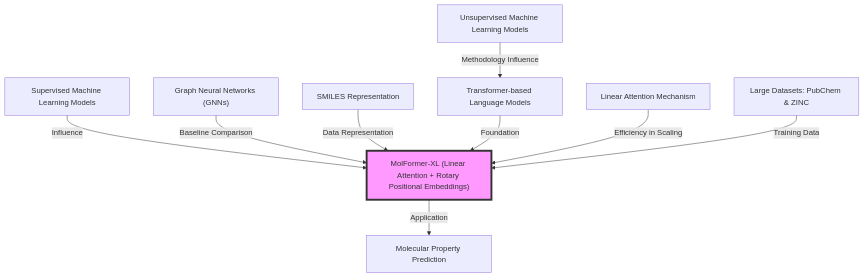
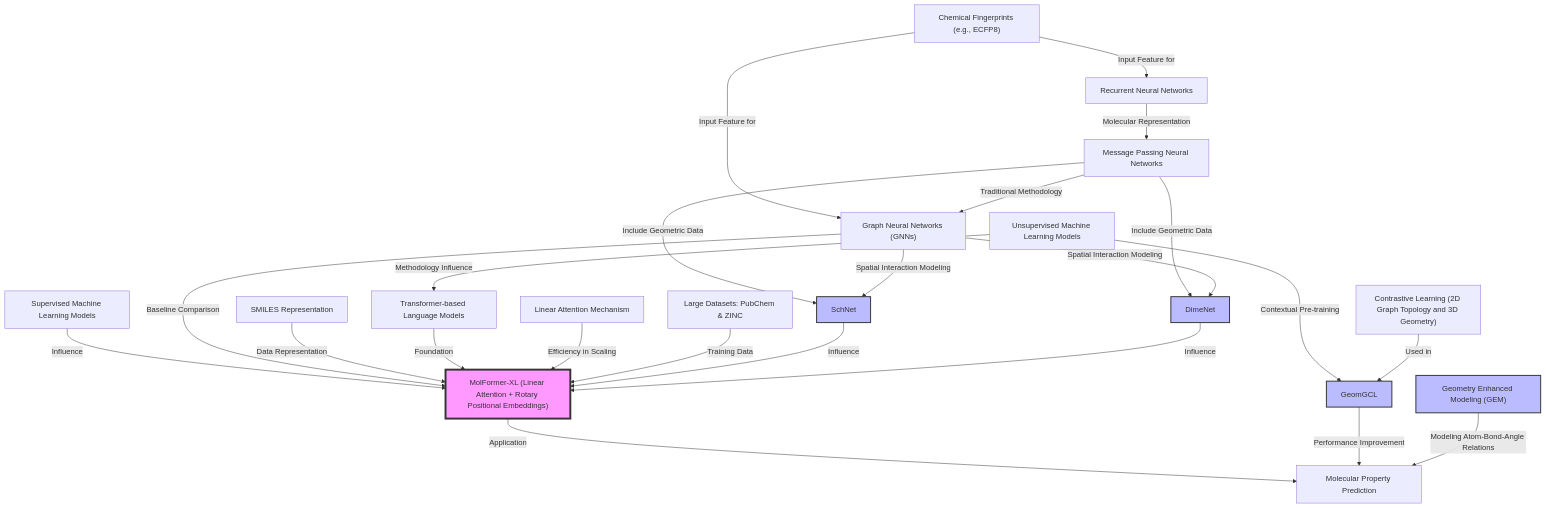
Before and after one commit to Mil152/mil152.github.io: the diagram in _posts/2024-04-11-blog-post-1.md, drawn with Mermaid. The commit also changed other lines of this file, not shown here.

````diff
--- a/_posts/2024-04-11-blog-post-1.md
+++ b/_posts/2024-04-11-blog-post-1.md
@@ -28,23 +16,50 @@
 ```mermaid!
- graph TD;
+graph TD;
     SupervisedML["Supervised Machine Learning Models"]
     GNNs["Graph Neural Networks (GNNs)"]
     SMILES["SMILES Representation"]
     UnsupervisedML["Unsupervised Machine Learning Models"]
     Transformer["Transformer-based Language Models"]
     LinearAttention["Linear Attention Mechanism"]
     PubChem_ZINC["Large Datasets: PubChem & ZINC"]
     MolFormerXL["MolFormer-XL (Linear Attention + Rotary Positional Embeddings)"]
     PropertyPrediction["Molecular Property Prediction"]
-    
+    Fingerprints["Chemical Fingerprints (e.g., ECFP8)"]
+    RNN["Recurrent Neural Networks"]
+    MPNN["Message Passing Neural Networks"]
+    SchNet["SchNet"]
+    DimeNet["DimeNet"]
+    ContrastiveLearning["Contrastive Learning (2D Graph Topology and 3D Geometry)"]
+    GeomGCL["GeomGCL"]
+    GEM["Geometry Enhanced Modeling (GEM)"]
+
     SupervisedML -->|Influence| MolFormerXL
     GNNs -->|Baseline Comparison| MolFormerXL
     SMILES -->|Data Representation| MolFormerXL
     UnsupervisedML -->|Methodology Influence| Transformer
     Transformer -->|Foundation| MolFormerXL
     LinearAttention -->|Efficiency in Scaling| MolFormerXL
     PubChem_ZINC -->|Training Data| MolFormerXL
     MolFormerXL -->|Application| PropertyPrediction
+    Fingerprints -->|Input Feature for| GNNs
+    Fingerprints -->|Input Feature for| RNN
+    RNN -->|Molecular Representation| MPNN
+    MPNN -->|Include Geometric Data| SchNet
+    MPNN -->|Include Geometric Data| DimeNet
+    MPNN -->|Traditional Methodology| GNNs
+    GNNs -->|Spatial Interaction Modeling| SchNet
+    GNNs -->|Spatial Interaction Modeling| DimeNet
+    SchNet -->|Influence| MolFormerXL
+    DimeNet -->|Influence| MolFormerXL
+    UnsupervisedML -->|Contextual Pre-training| GeomGCL
+    GeomGCL -->|Performance Improvement| PropertyPrediction
+    GEM -->|Modeling Atom-Bond-Angle Relations| PropertyPrediction
+    ContrastiveLearning -->|Used in| GeomGCL
 
     style MolFormerXL fill:#f9f,stroke:#333,stroke-width:4px
+    style SchNet fill:#bbf,stroke:#333,stroke-width:2px
+    style DimeNet fill:#bbf,stroke:#333,stroke-width:2px
+    style GeomGCL fill:#bbf,stroke:#333,stroke-width:2px
+    style GEM fill:#bbf,stroke:#333,stroke-width:2px
+
 ```
````
